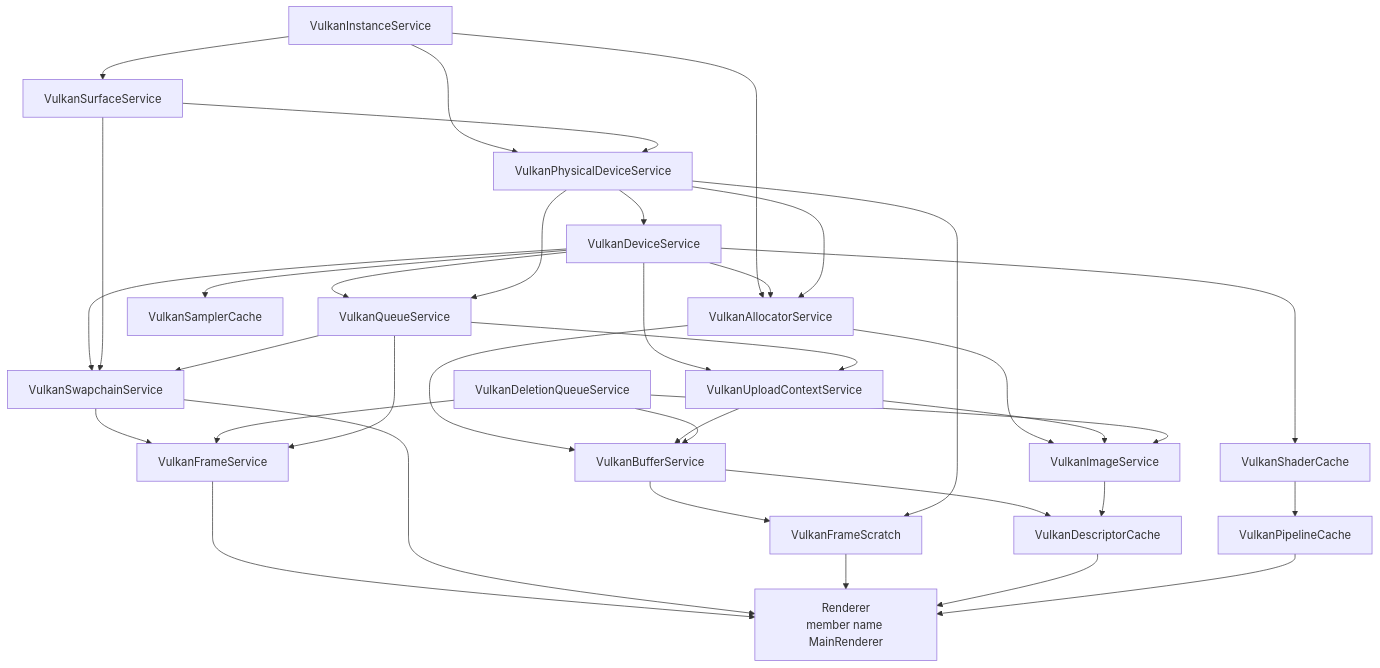
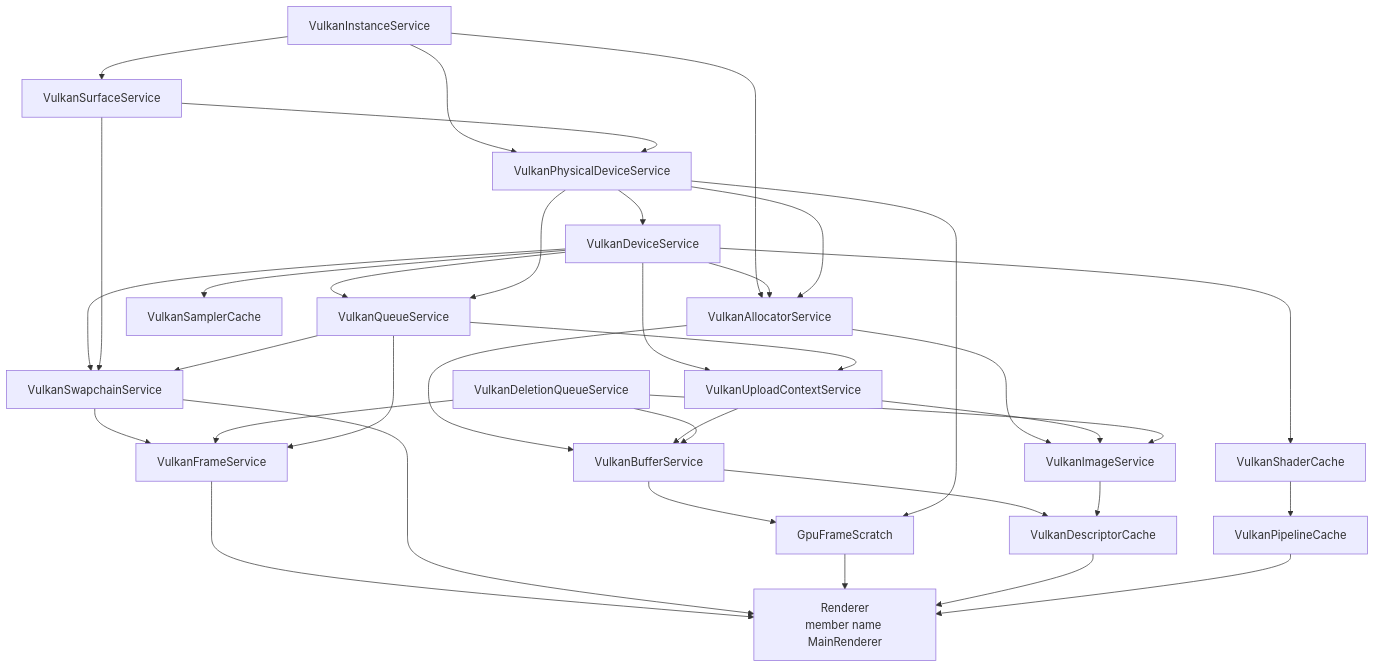
Before and after one commit to GavynBryan/Sencha: the first of 2 diagrams in docs/renderer/architecture.md, drawn with Mermaid. The commit also changed other lines of this file and 8 other files, not shown here.

````diff
--- a/docs/renderer/architecture.md
+++ b/docs/renderer/architecture.md
@@ -34,39 +54,39 @@
 ```mermaid
 graph TD
   Instance[VulkanInstanceService] --> Surface[VulkanSurfaceService]
   Instance --> Phys[VulkanPhysicalDeviceService]
   Surface --> Phys
   Phys --> Device[VulkanDeviceService]
   Device --> Queues[VulkanQueueService]
   Phys --> Queues
   Instance --> Alloc[VulkanAllocatorService]
   Device --> Alloc
   Phys --> Alloc
   Device --> Upload[VulkanUploadContextService]
   Queues --> Upload
   DelQ[VulkanDeletionQueueService]
   Alloc --> Buffers[VulkanBufferService]
   Upload --> Buffers
   DelQ --> Buffers
   Alloc --> Images[VulkanImageService]
   Upload --> Images
   DelQ --> Images
   Device --> Samplers[VulkanSamplerCache]
   Device --> Shaders[VulkanShaderCache]
   Shaders --> Pipelines[VulkanPipelineCache]
   Buffers --> Desc[VulkanDescriptorCache]
   Images --> Desc
-  Buffers --> Scratch[VulkanFrameScratch]
+  Buffers --> Scratch[GpuFrameScratch]
   Phys --> Scratch
   Device --> Swap[VulkanSwapchainService]
   Surface --> Swap
   Queues --> Swap
   Swap --> Frames[VulkanFrameService]
   DelQ --> Frames
   Queues --> Frames
   Frames --> Renderer[Renderer<br/>member name MainRenderer]
   Swap --> Renderer
   Scratch --> Renderer
   Desc --> Renderer
   Pipelines --> Renderer
 ```
````
